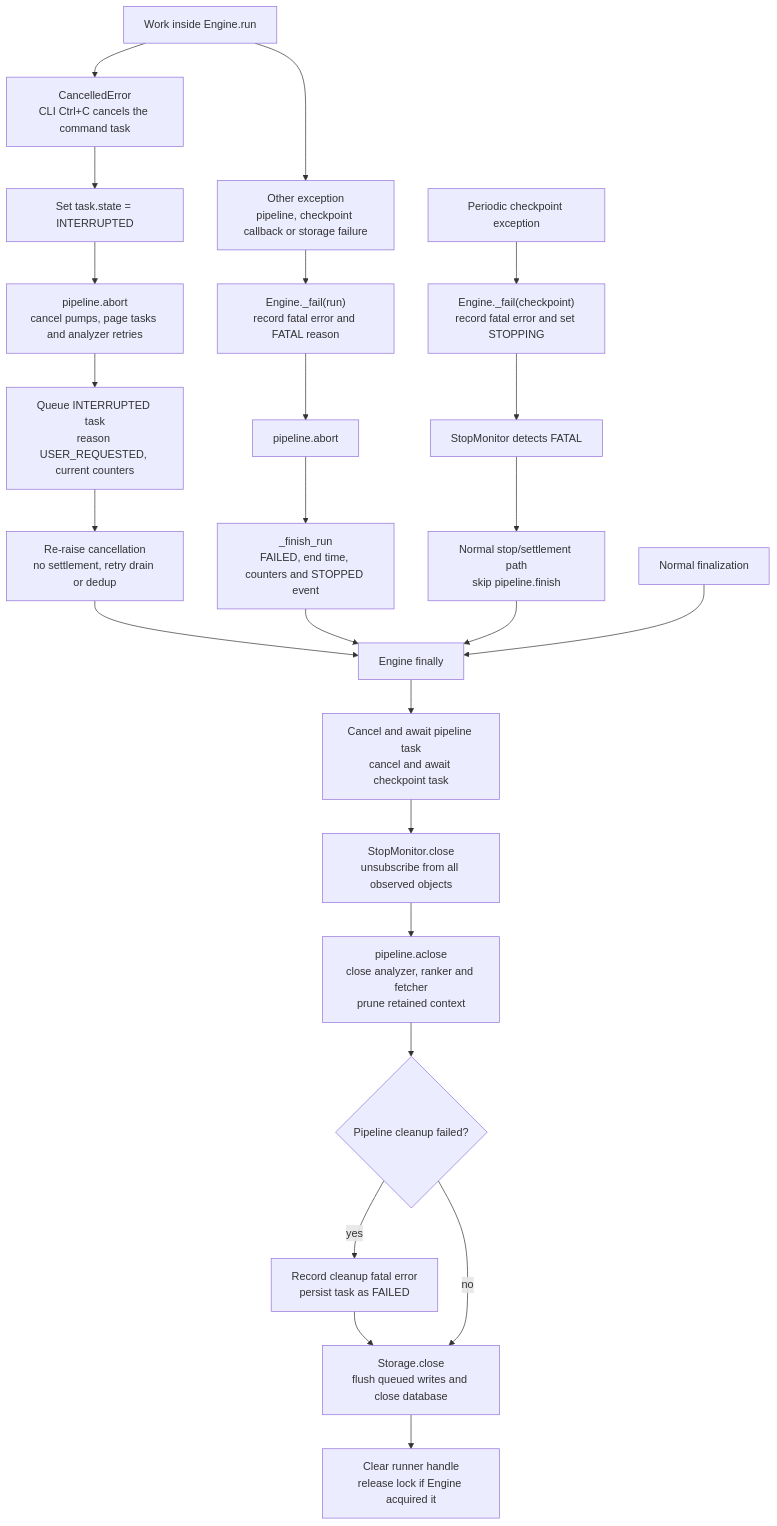
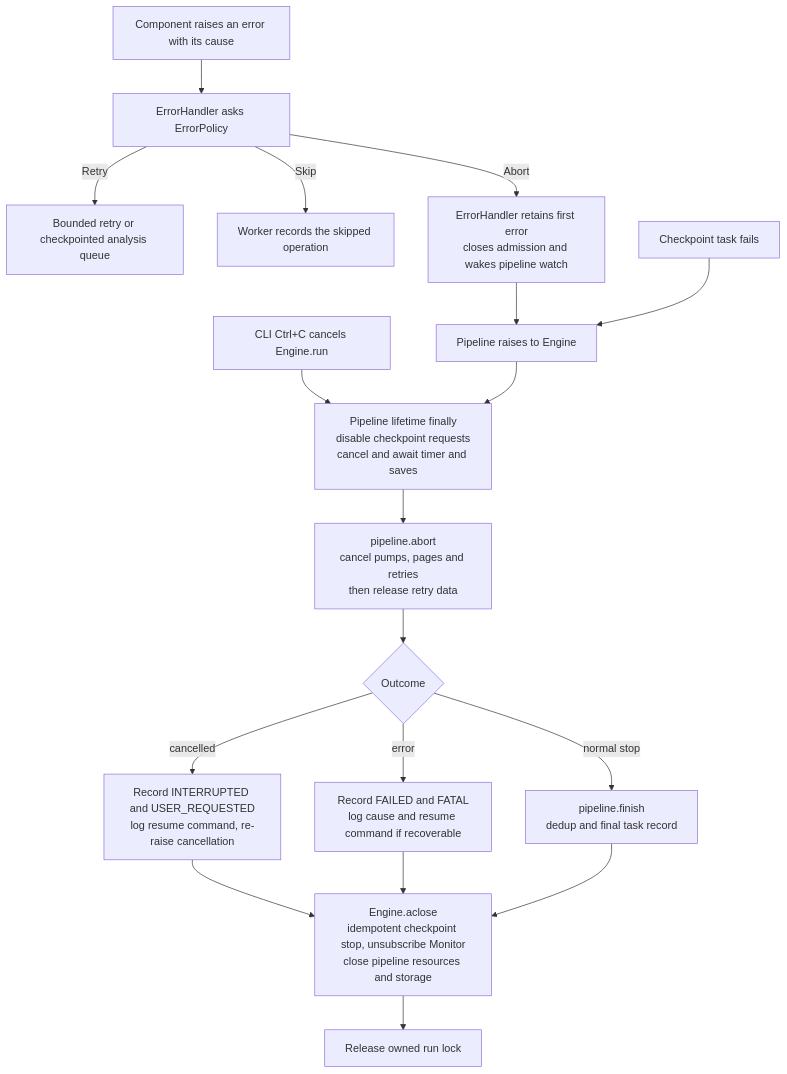
The seventh of 7 diagrams in docs/engine.md (shixuan/crawl-me-maybe), drawn with Mermaid before and after one commit. The commit also changed other lines of this file and 69 other files, not shown here.

Commit message:
fix: stop crawls on fatal errors

````diff
--- a/docs/engine.md
+++ b/docs/engine.md
@@ -385,28 +410,20 @@
 ```mermaid
 flowchart TD
-    Await["Work inside Engine.run"] --> Cancel["CancelledError<br/>CLI Ctrl+C cancels the command task"]
-    Await --> Error["Other exception<br/>pipeline, checkpoint callback or storage failure"]
-    Timer["Periodic checkpoint exception"] --> Mark["Engine._fail(checkpoint)<br/>record fatal error and set STOPPING"]
-    Mark --> Monitor["StopMonitor detects FATAL"] --> Stop["Normal stop/settlement path<br/>skip pipeline.finish"]
-
-    Cancel --> Interrupted["Set task.state = INTERRUPTED"]
-    Interrupted --> Abort["pipeline.abort<br/>cancel pumps, page tasks and analyzer retries"]
-    Abort --> Save["Queue INTERRUPTED task<br/>reason USER_REQUESTED, current counters"]
-    Save --> Rethrow["Re-raise cancellation<br/>no settlement, retry drain or dedup"]
-
-    Error --> Fail["Engine._fail(run)<br/>record fatal error and FATAL reason"]
-    Fail --> AbortFail["pipeline.abort"]
-    AbortFail --> FinishFail["_finish_run<br/>FAILED, end time, counters and STOPPED event"]
-
-    Rethrow --> Finally["Engine finally"]
-    FinishFail --> Finally
-    Stop --> Finally
-    Normal["Normal finalization"] --> Finally
-    Finally --> Tasks["Cancel and await pipeline task<br/>cancel and await checkpoint task"]
-    Tasks --> Unsubscribe["StopMonitor.close<br/>unsubscribe from all observed objects"]
-    Unsubscribe --> Close["pipeline.aclose<br/>close analyzer, ranker and fetcher<br/>prune retained context"]
-    Close --> CloseError{"Pipeline cleanup failed?"}
-    CloseError -->|yes| Failed["Record cleanup fatal error<br/>persist task as FAILED"] --> Storage
-    CloseError -->|no| Storage["Storage.close<br/>flush queued writes and close database"]
-    Storage --> Release["Clear runner handle<br/>release lock if Engine acquired it"]
+    Component["Component raises an error with its cause"] --> Policy["ErrorHandler asks ErrorPolicy"]
+    Policy -->|Retry| Retry["Bounded retry or checkpointed analysis queue"]
+    Policy -->|Skip| Skip["Worker records the skipped operation"]
+    Policy -->|Abort| Failure["ErrorHandler retains first error<br/>closes admission and wakes pipeline watch"]
+    Failure --> Propagate["Pipeline raises to Engine"]
+    Timer["Checkpoint task fails"] --> Propagate
+    Cancel["CLI Ctrl+C cancels Engine.run"] --> Freeze
+    Propagate --> Freeze["Pipeline lifetime finally<br/>disable checkpoint requests<br/>cancel and await timer and saves"]
+    Freeze --> Abort["pipeline.abort<br/>cancel pumps, pages and retries<br/>then release retry data"]
+    Abort --> Outcome{"Outcome"}
+    Outcome -->|cancelled| Interrupted["Record INTERRUPTED and USER_REQUESTED<br/>log resume command, re-raise cancellation"]
+    Outcome -->|error| Failed["Record FAILED and FATAL<br/>log cause and resume command if recoverable"]
+    Outcome -->|normal stop| Finish["pipeline.finish<br/>dedup and final task record"]
+    Interrupted --> Close
+    Failed --> Close
+    Finish --> Close["Engine.aclose<br/>idempotent checkpoint stop, unsubscribe Monitor<br/>close pipeline resources and storage"]
+    Close --> Unlock["Release owned run lock"]
 ```
````
